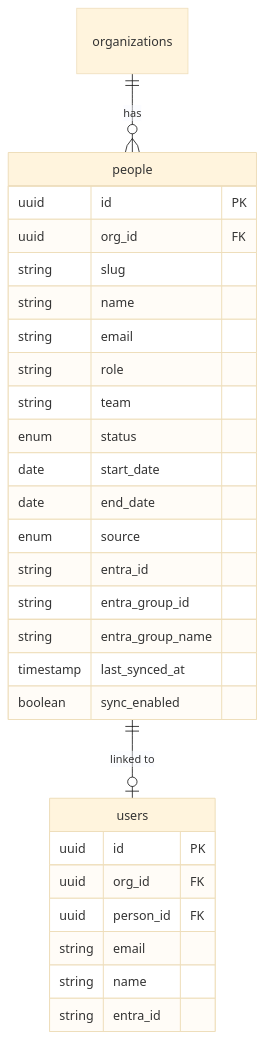
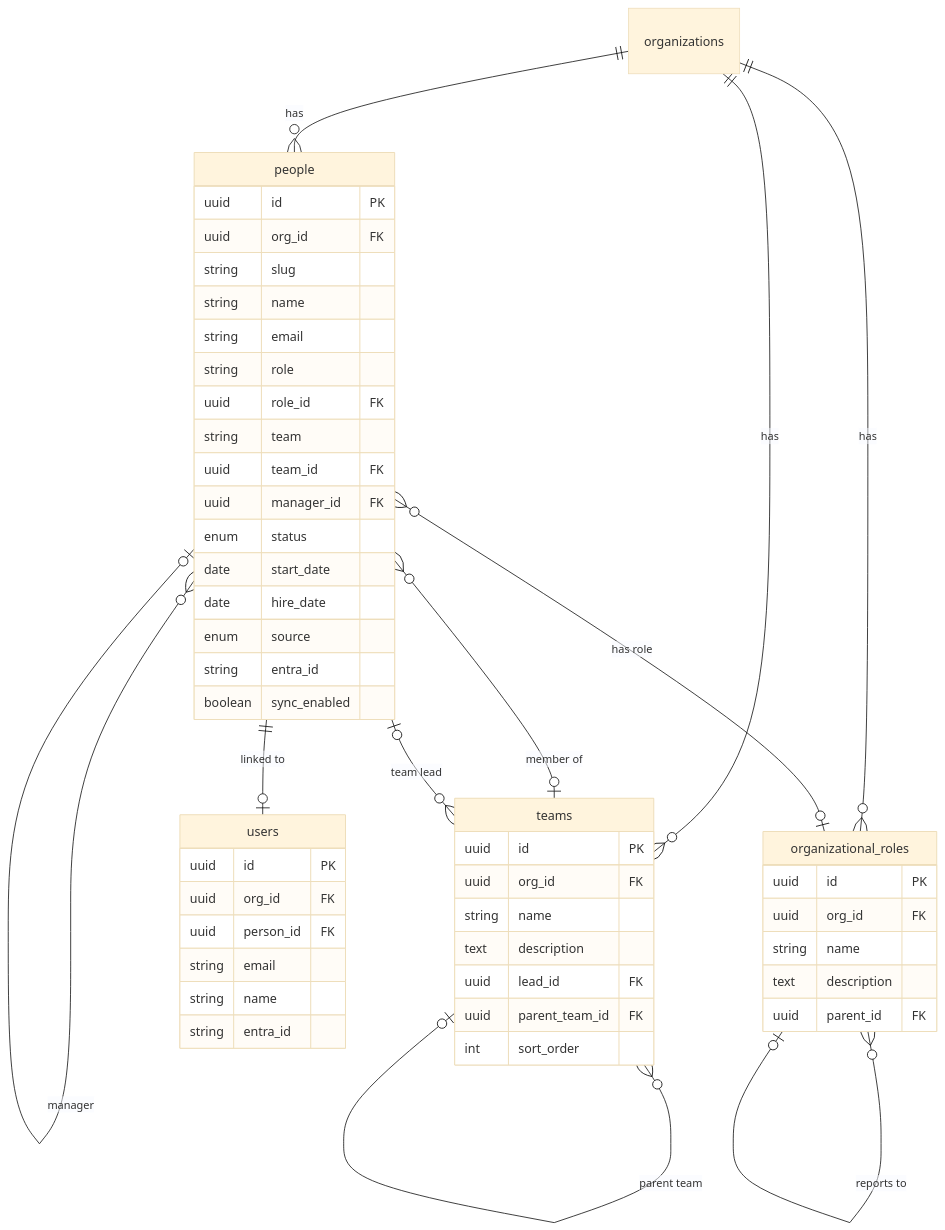
Before and after one commit to stellarsoft-tech/IdaraOS: diagram 14 of 18 in docs/modules/people/architecture.md, drawn with Mermaid (base theme). The commit also changed other lines of this file and 72 other files, not shown here.

First line of the commit message:
feat(people): Add org roles, teams, levels entities with dropdown selection

````diff
--- a/docs/modules/people/architecture.md
+++ b/docs/modules/people/architecture.md
@@ -690,31 +785,56 @@
 ```mermaid
 erDiagram
     organizations ||--o{ people : has
+    organizations ||--o{ teams : has
+    organizations ||--o{ organizational_roles : has
     people ||--o| users : "linked to"
+    people }o--o| teams : "member of"
+    people }o--o| organizational_roles : "has role"
+    people }o--o| people : "manager"
+    teams }o--o| teams : "parent team"
+    teams }o--o| people : "team lead"
+    organizational_roles }o--o| organizational_roles : "reports to"
+    
     people {
         uuid id PK
         uuid org_id FK
         string slug
         string name
         string email
         string role
+        uuid role_id FK
         string team
+        uuid team_id FK
+        uuid manager_id FK
         enum status
         date start_date
-        date end_date
+        date hire_date
         enum source
         string entra_id
-        string entra_group_id
-        string entra_group_name
-        timestamp last_synced_at
         boolean sync_enabled
+    }
+    teams {
+        uuid id PK
+        uuid org_id FK
+        string name
+        text description
+        uuid lead_id FK
+        uuid parent_team_id FK
+        int sort_order
+    }
+    organizational_roles {
+        uuid id PK
+        uuid org_id FK
+        string name
+        text description
+        uuid parent_id FK
     }
     users {
         uuid id PK
         uuid org_id FK
         uuid person_id FK
         string email
         string name
         string entra_id
     }
 ```
````
